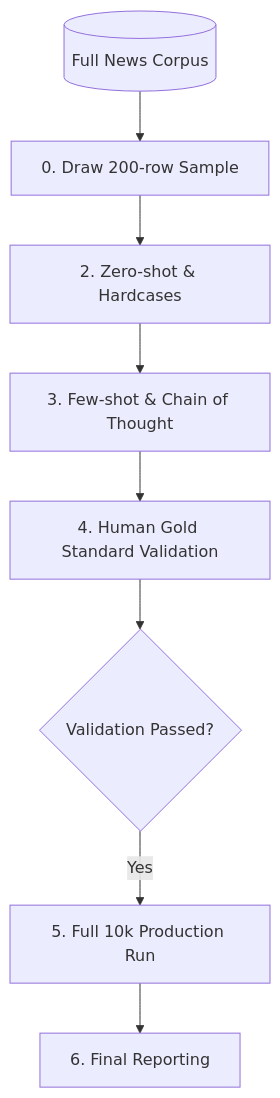
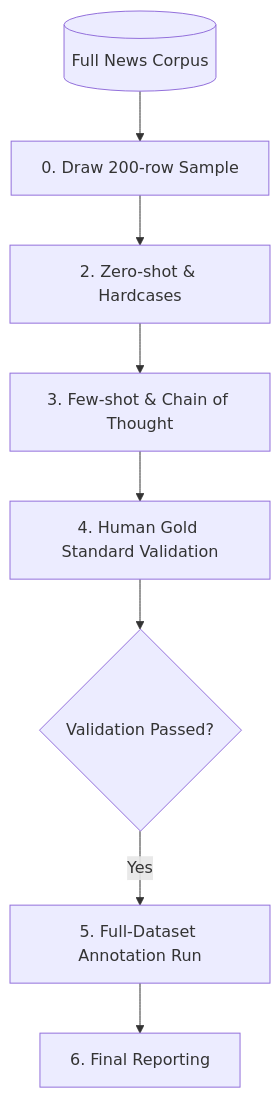
One commit to raywincruz07-collab/economic-framing-annotation changed the diagram in README.md. Above: the diagram before and after it, drawn with Mermaid. The commit also changed other lines of this file, not shown here.

````diff
--- a/README.md
+++ b/README.md
@@ -20,10 +20,10 @@
 ```mermaid
 flowchart TD
     Raw[(Full News Corpus)] --> Step0[0. Draw 200-row Sample]
     Step0 --> Step2[2. Zero-shot & Hardcases]
     Step2 --> Step3[3. Few-shot & Chain of Thought]
     Step3 --> Step4[4. Human Gold Standard Validation]
     Step4 --> Valid{Validation Passed?}
-    Valid -- Yes --> Step5[5. Full 10k Production Run]
+    Valid -- Yes --> Step5[5. Full-Dataset Annotation Run]
     Step5 --> Step6[6. Final Reporting]
 ```
````
